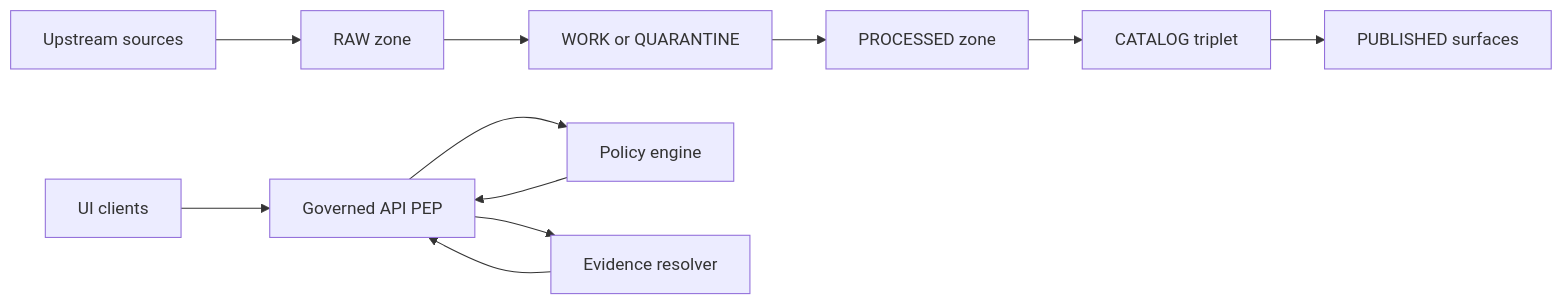
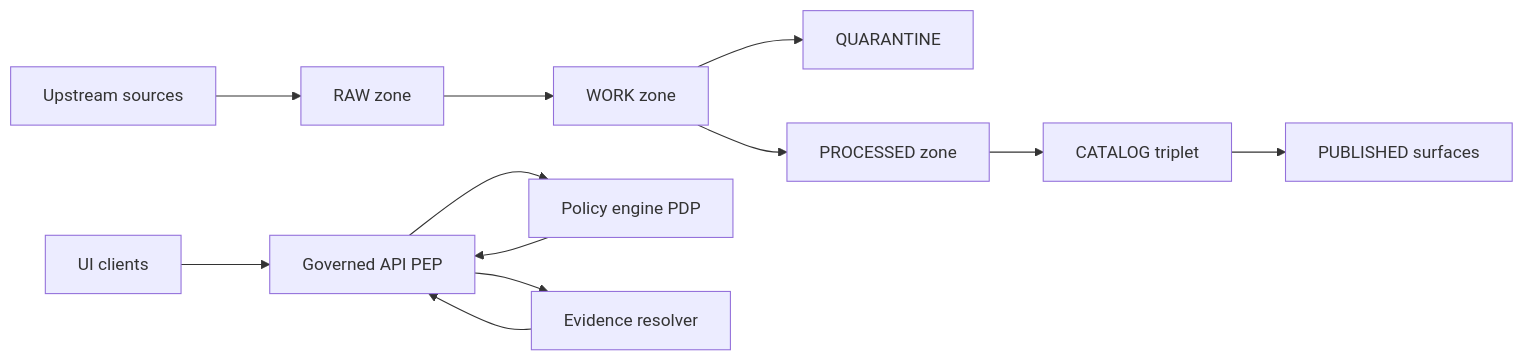
Before and after one commit to bartytime4life/Kansas-Frontier-Matrix: the diagram in docs/glossary.md, drawn with Mermaid. The commit also changed other lines of this file, not shown here.

````diff
--- a/docs/glossary.md
+++ b/docs/glossary.md
@@ -74,14 +83,15 @@
 ```mermaid
 flowchart LR
   Upstream[Upstream sources] --> RAW[RAW zone]
-  RAW --> WORK[WORK or QUARANTINE]
+  RAW --> WORK[WORK zone]
+  WORK --> QUAR[QUARANTINE]
   WORK --> PROCESSED[PROCESSED zone]
   PROCESSED --> CATALOG[CATALOG triplet]
   CATALOG --> PUBLISHED[PUBLISHED surfaces]
 
   UI[UI clients] --> PEP[Governed API PEP]
-  PEP --> PDP[Policy engine]
-  PEP --> EV[Evidence resolver]
-  EV --> PEP
+  PEP --> PDP[Policy engine PDP]
+  PEP --> ER[Evidence resolver]
+  ER --> PEP
   PDP --> PEP
 ```
````
